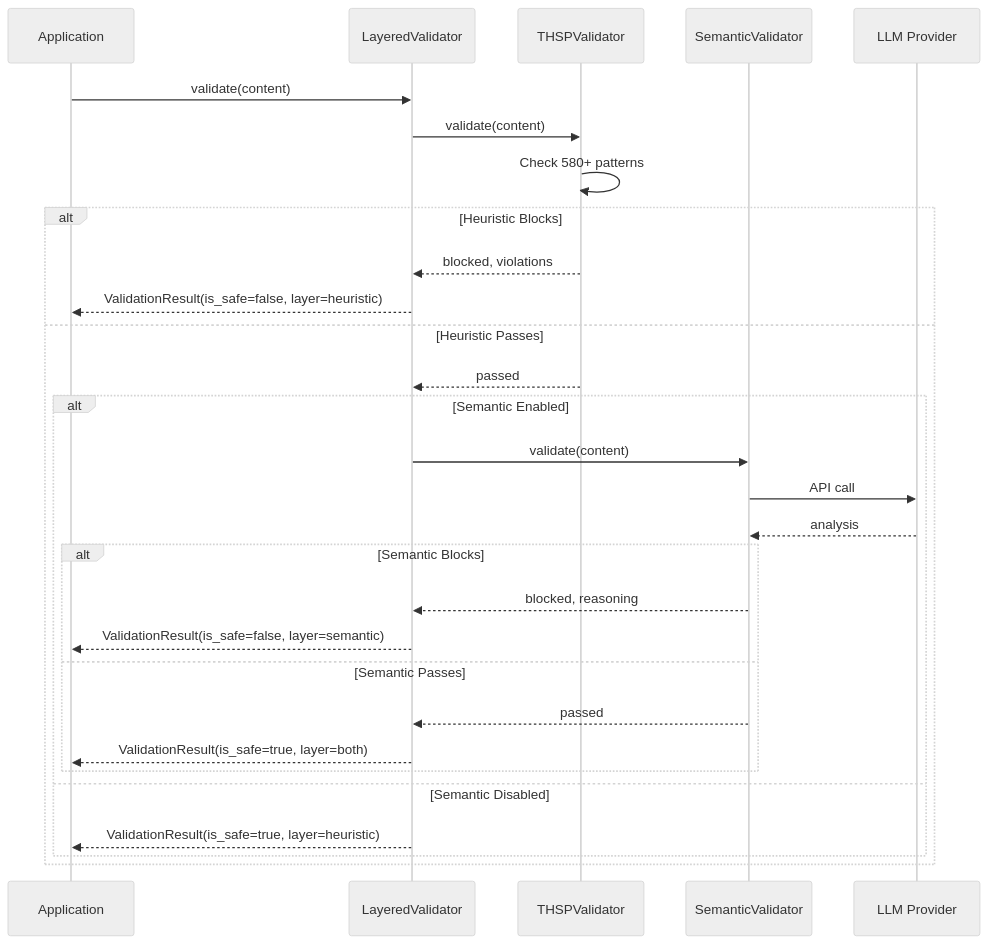
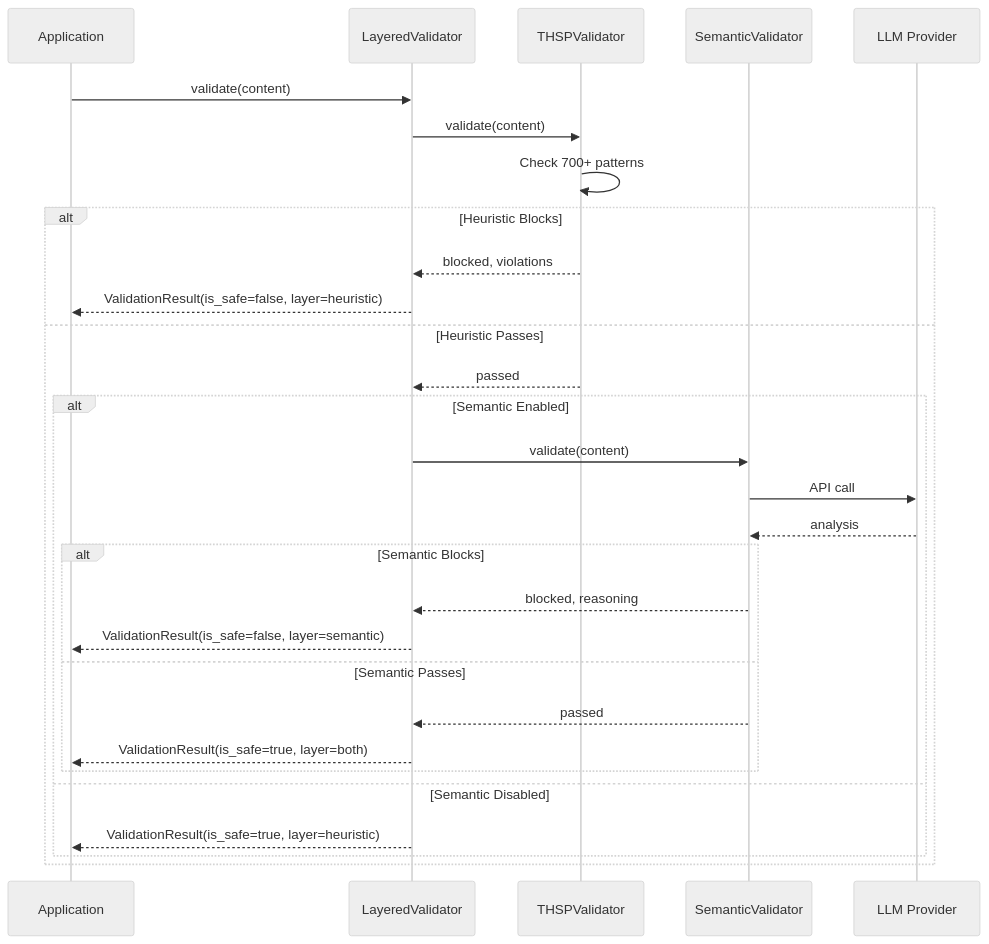
One commit to sentinel-seed/sentinel changed the sixth of 9 diagrams in docs/ARCHITECTURE.md. Above: the diagram before and after it, drawn with Mermaid (neutral theme). The commit also changed other lines of this file and 15 other files, not shown here.

````diff
--- a/docs/ARCHITECTURE.md
+++ b/docs/ARCHITECTURE.md
@@ -214,35 +214,35 @@
 ```mermaid
 sequenceDiagram
     participant App as Application
     participant LV as LayeredValidator
     participant TH as THSPValidator
     participant SE as SemanticValidator
     participant LLM as LLM Provider
 
     App->>LV: validate(content)
     LV->>TH: validate(content)
-    TH->>TH: Check 580+ patterns
+    TH->>TH: Check 700+ patterns
 
     alt Heuristic Blocks
         TH-->>LV: blocked, violations
         LV-->>App: ValidationResult(is_safe=false, layer=heuristic)
     else Heuristic Passes
         TH-->>LV: passed
 
         alt Semantic Enabled
             LV->>SE: validate(content)
             SE->>LLM: API call
             LLM-->>SE: analysis
 
             alt Semantic Blocks
                 SE-->>LV: blocked, reasoning
                 LV-->>App: ValidationResult(is_safe=false, layer=semantic)
             else Semantic Passes
                 SE-->>LV: passed
                 LV-->>App: ValidationResult(is_safe=true, layer=both)
             end
         else Semantic Disabled
             LV-->>App: ValidationResult(is_safe=true, layer=heuristic)
         end
     end
 ```
````
